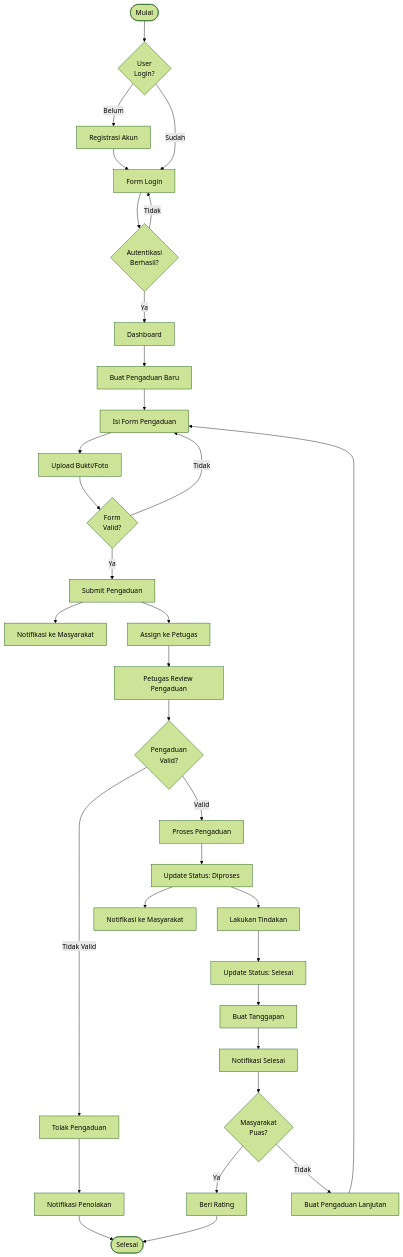
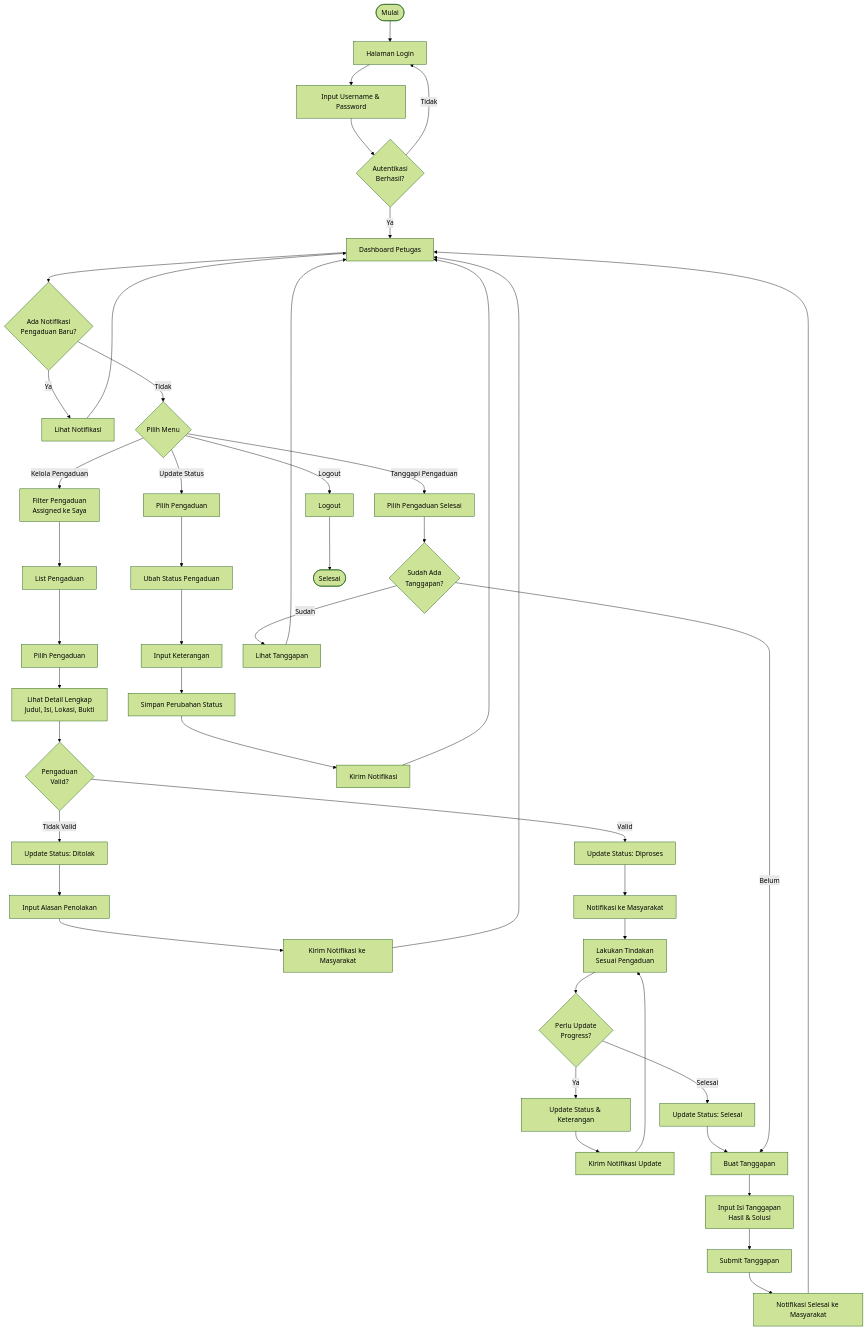
One commit to irfan-ghzl/CRM changed the third of 6 diagrams in DIAGRAMS.md. Above: the diagram before and after it, drawn with Mermaid (forest theme). The commit also changed other lines of this file, not shown here.

Commit message:
Add separate activity diagrams for each user role (Masyarakat, Petugas, Admin)

````diff
--- a/DIAGRAMS.md
+++ b/DIAGRAMS.md
@@ -53,41 +120,55 @@
 ```mermaid
 flowchart TD
-    Start([Mulai]) --> Login{User<br/>Login?}
-    Login -->|Belum| Register[Registrasi Akun]
-    Register --> LoginForm[Form Login]
-    Login -->|Sudah| LoginForm
-    LoginForm --> Auth{Autentikasi<br/>Berhasil?}
-    Auth -->|Tidak| LoginForm
-    Auth -->|Ya| Dashboard[Dashboard]
+    Start([Mulai]) --> LoginPetugas[Halaman Login]
+    LoginPetugas --> InputCred[Input Username & Password]
+    InputCred --> AuthPetugas{Autentikasi<br/>Berhasil?}
+    AuthPetugas -->|Tidak| LoginPetugas
+    AuthPetugas -->|Ya| DashboardPetugas[Dashboard Petugas]
     
-    Dashboard --> BuatPengaduan[Buat Pengaduan Baru]
-    BuatPengaduan --> IsiForm[Isi Form Pengaduan]
-    IsiForm --> UploadBukti[Upload Bukti/Foto]
-    UploadBukti --> ValidasiForm{Form<br/>Valid?}
-    ValidasiForm -->|Tidak| IsiForm
-    ValidasiForm -->|Ya| Submit[Submit Pengaduan]
+    DashboardPetugas --> NotifBaru{Ada Notifikasi<br/>Pengaduan Baru?}
+    NotifBaru -->|Ya| LihatNotif[Lihat Notifikasi]
+    LihatNotif --> DashboardPetugas
+    NotifBaru -->|Tidak| PilihMenuPetugas{Pilih Menu}
     
-    Submit --> Notif1[Notifikasi ke Masyarakat]
-    Submit --> AssignPetugas[Assign ke Petugas]
+    PilihMenuPetugas -->|Kelola Pengaduan| FilterPengaduan[Filter Pengaduan<br/>Assigned ke Saya]
+    FilterPengaduan --> ListPengaduanPetugas[List Pengaduan]
+    ListPengaduanPetugas --> PilihPengaduan[Pilih Pengaduan]
+    PilihPengaduan --> DetailPengaduanPet[Lihat Detail Lengkap<br/>Judul, Isi, Lokasi, Bukti]
     
-    AssignPetugas --> PetugasReview[Petugas Review Pengaduan]
-    PetugasReview --> ValidasiPengaduan{Pengaduan<br/>Valid?}
-    ValidasiPengaduan -->|Tidak Valid| TolakPengaduan[Tolak Pengaduan]
-    TolakPengaduan --> NotifTolak[Notifikasi Penolakan]
+    DetailPengaduanPet --> ReviewPengaduan{Pengaduan<br/>Valid?}
+    ReviewPengaduan -->|Tidak Valid| TolakPengaduan[Update Status: Ditolak]
+    TolakPengaduan --> InputAlasan[Input Alasan Penolakan]
+    InputAlasan --> NotifPenolakan[Kirim Notifikasi ke Masyarakat]
+    NotifPenolakan --> DashboardPetugas
     
-    ValidasiPengaduan -->|Valid| ProsesPengaduan[Proses Pengaduan]
-    ProsesPengaduan --> UpdateStatus1[Update Status: Diproses]
-    UpdateStatus1 --> Notif2[Notifikasi ke Masyarakat]
+    ReviewPengaduan -->|Valid| TerimaPengaduan[Update Status: Diproses]
+    TerimaPengaduan --> NotifDiproses[Notifikasi ke Masyarakat]
+    NotifDiproses --> ProsesPengaduan[Lakukan Tindakan<br/>Sesuai Pengaduan]
+    ProsesPengaduan --> UpdateProgress{Perlu Update<br/>Progress?}
+    UpdateProgress -->|Ya| UpdateStatus[Update Status & Keterangan]
+    UpdateStatus --> NotifUpdate[Kirim Notifikasi Update]
+    NotifUpdate --> ProsesPengaduan
     
-    UpdateStatus1 --> Tindakan[Lakukan Tindakan]
-    Tindakan --> UpdateStatus2[Update Status: Selesai]
-    UpdateStatus2 --> BuatTanggapan[Buat Tanggapan]
-    BuatTanggapan --> Notif3[Notifikasi Selesai]
+    UpdateProgress -->|Selesai| SelesaiPengaduan[Update Status: Selesai]
+    SelesaiPengaduan --> BuatTanggapan[Buat Tanggapan]
+    BuatTanggapan --> InputTanggapan[Input Isi Tanggapan<br/>Hasil & Solusi]
+    InputTanggapan --> SubmitTanggapan[Submit Tanggapan]
+    SubmitTanggapan --> NotifSelesai[Notifikasi Selesai ke Masyarakat]
+    NotifSelesai --> DashboardPetugas
     
-    NotifTolak --> End([Selesai])
-    Notif3 --> Feedback{Masyarakat<br/>Puas?}
-    Feedback -->|Ya| Rating[Beri Rating]
-    Feedback -->|Tidak| BuatPengaduanLanjutan[Buat Pengaduan Lanjutan]
-    BuatPengaduanLanjutan --> IsiForm
-    Rating --> End
+    PilihMenuPetugas -->|Update Status| SelectPengaduanStatus[Pilih Pengaduan]
+    SelectPengaduanStatus --> ChangeStatus[Ubah Status Pengaduan]
+    ChangeStatus --> InputKeterangan[Input Keterangan]
+    InputKeterangan --> SaveStatus[Simpan Perubahan Status]
+    SaveStatus --> NotifStatusChange[Kirim Notifikasi]
+    NotifStatusChange --> DashboardPetugas
+    
+    PilihMenuPetugas -->|Tanggapi Pengaduan| SelectPengaduanTanggapan[Pilih Pengaduan Selesai]
+    SelectPengaduanTanggapan --> CheckTanggapan{Sudah Ada<br/>Tanggapan?}
+    CheckTanggapan -->|Belum| BuatTanggapan
+    CheckTanggapan -->|Sudah| ViewTanggapanExist[Lihat Tanggapan]
+    ViewTanggapanExist --> DashboardPetugas
+    
+    PilihMenuPetugas -->|Logout| LogoutPetugas[Logout]
+    LogoutPetugas --> End([Selesai])
 ```
````
